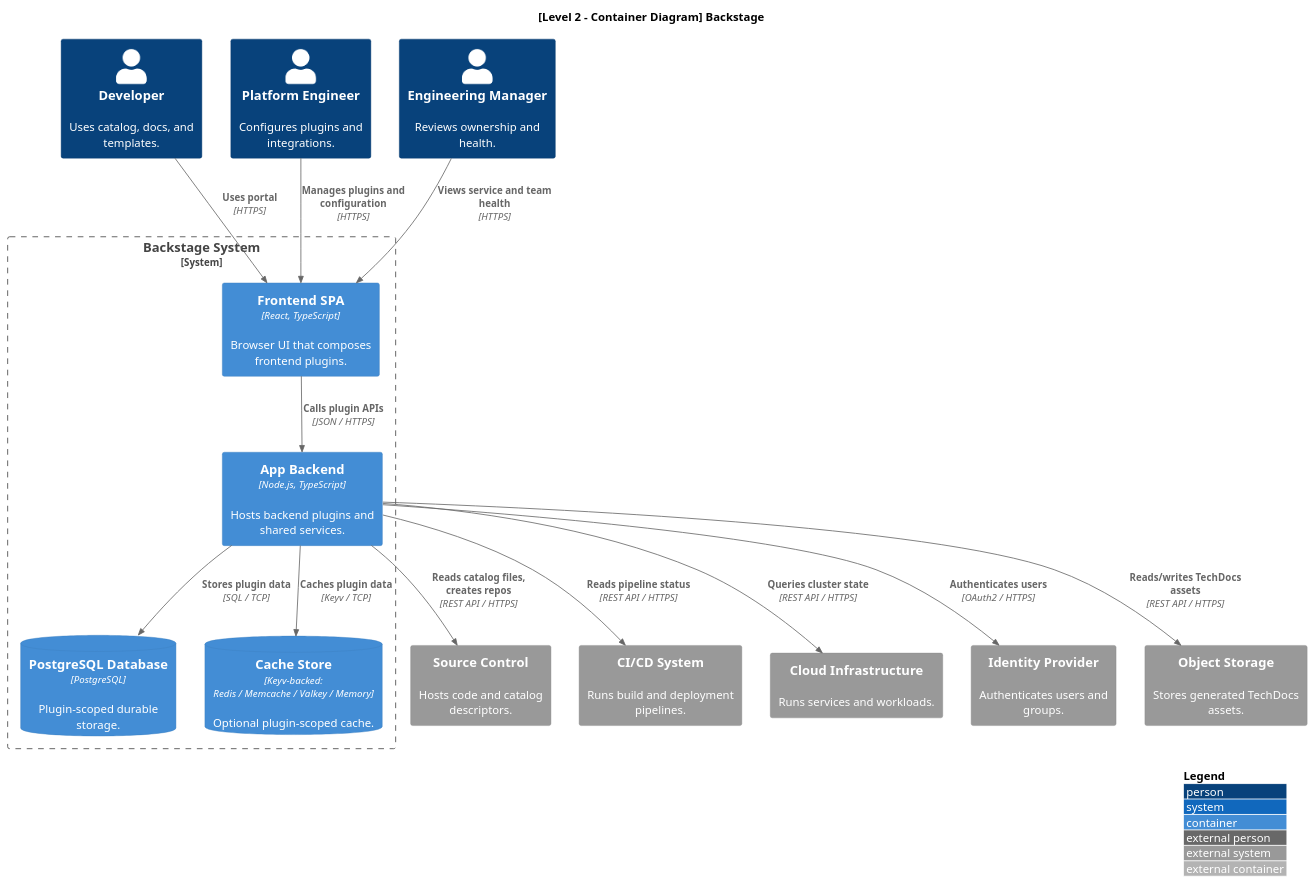
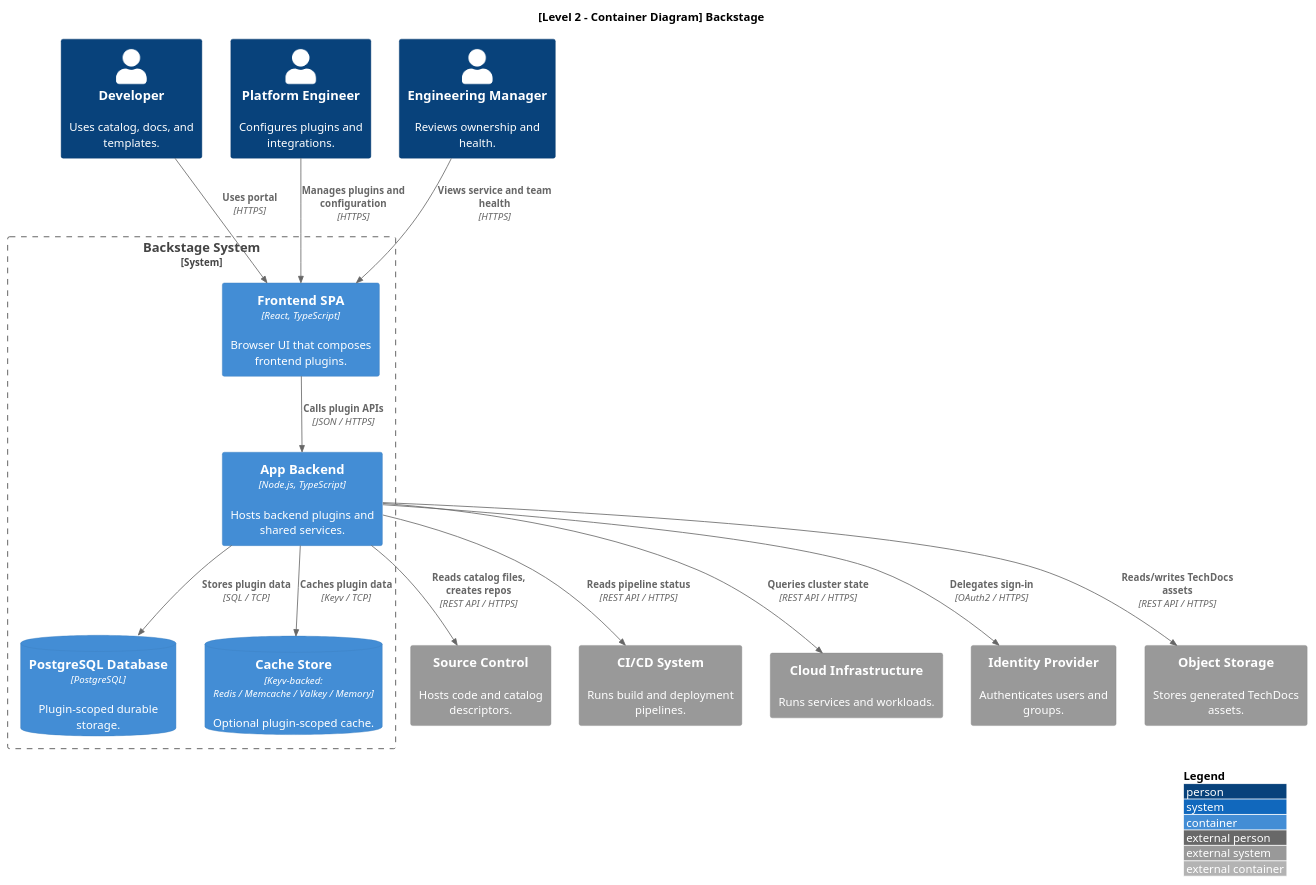
One commit to Group06-SwDA/Project changed the diagram in notes/architecture/diagrams/container-diagram.puml. Above: the diagram before and after it, drawn with PlantUML. The commit also changed 11 other files, not shown here.

Commit message:
feat: checked diagrams in details and minore changes

```diff
--- a/notes/architecture/diagrams/container-diagram.puml
+++ b/notes/architecture/diagrams/container-diagram.puml
@@ -1,36 +1,36 @@
 @startuml
 !include <c4/C4_Container.puml>
 LAYOUT_WITH_LEGEND()
 title [Level 2 - Container Diagram] Backstage
 
 Person(developer, "Developer", "Uses catalog, docs, and templates.")
 Person(platform_eng, "Platform Engineer", "Configures plugins and integrations.")
 Person(eng_manager, "Engineering Manager", "Reviews ownership and health.")
 
 System_Ext(source_control, "Source Control", "Hosts code and catalog descriptors.")
 System_Ext(cicd, "CI/CD System", "Runs build and deployment pipelines.")
 System_Ext(cloud_infra, "Cloud Infrastructure", "Runs services and workloads.")
 System_Ext(idp, "Identity Provider", "Authenticates users and groups.")
 System_Ext(object_storage, "Object Storage", "Stores generated TechDocs assets.")
 
 System_Boundary(backstage_boundary, "Backstage System") {
     Container(frontend, "Frontend SPA", "React, TypeScript", "Browser UI that composes frontend plugins.")
     Container(app_backend, "App Backend", "Node.js, TypeScript", "Hosts backend plugins and shared services.")
     ContainerDb(db, "PostgreSQL Database", "PostgreSQL", "Plugin-scoped durable storage.")
     ContainerDb(cache, "Cache Store", "Keyv-backed:\nRedis / Memcache / Valkey / Memory", "Optional plugin-scoped cache.")
 }
 
 Rel(developer, frontend, "Uses portal", "HTTPS")
 Rel(platform_eng, frontend, "Manages plugins and configuration", "HTTPS")
 Rel(eng_manager, frontend, "Views service and team health", "HTTPS")
 
 Rel(frontend, app_backend, "Calls plugin APIs", "JSON / HTTPS")
 Rel(app_backend, db, "Stores plugin data", "SQL / TCP")
 Rel(app_backend, cache, "Caches plugin data", "Keyv / TCP")
 
-Rel(app_backend, idp, "Authenticates users", "OAuth2 / HTTPS")
+Rel(app_backend, idp, "Delegates sign-in", "OAuth2 / HTTPS")
 Rel(app_backend, source_control, "Reads catalog files, creates repos", "REST API / HTTPS")
 Rel(app_backend, cicd, "Reads pipeline status", "REST API / HTTPS")
 Rel(app_backend, cloud_infra, "Queries cluster state", "REST API / HTTPS")
 Rel(app_backend, object_storage, "Reads/writes TechDocs assets", "REST API / HTTPS")
 @enduml
```
